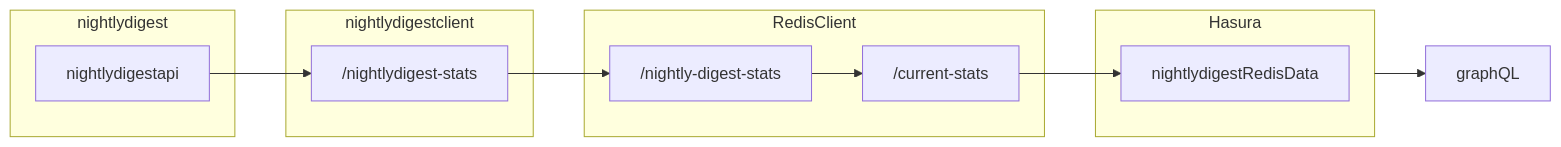
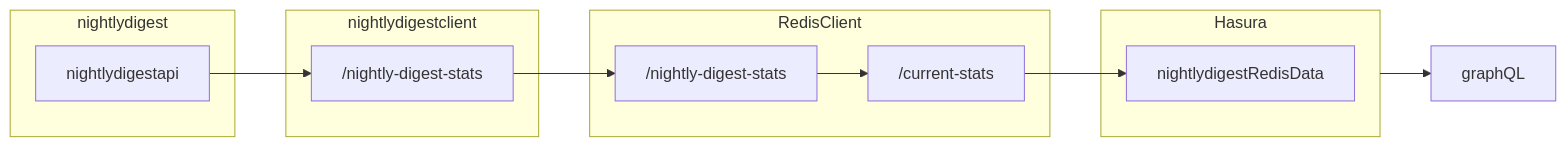
Before and after one commit to lsst-epo/nightly-digest-client-function: the diagram in README.md, drawn with Mermaid. The commit also changed 12 other files, not shown here.

````diff
--- a/README.md
+++ b/README.md
@@ -8,25 +8,25 @@
 ```mermaid
 graph LR
     subgraph RedisClient
         nightly-digest-stats["/nightly-digest-stats"]-->redis-current-stats["/current-stats"]
         
     end
 
 
     subgraph nightlydigest
         nightlydigestapi
     end
 
     subgraph nightlydigestclient
-        nightlydigest-stats["/nightlydigest-stats"]
+        nightlydigest-stats["/nightly-digest-stats"]
     end
 
     subgraph Hasura
         nightlydigestRedisData
         
     end
     nightlydigestapi-->nightlydigest-stats-->nightly-digest-stats
     redis-current-stats-->nightlydigestRedisData
     Hasura-->graphQL
     
 ```
````
